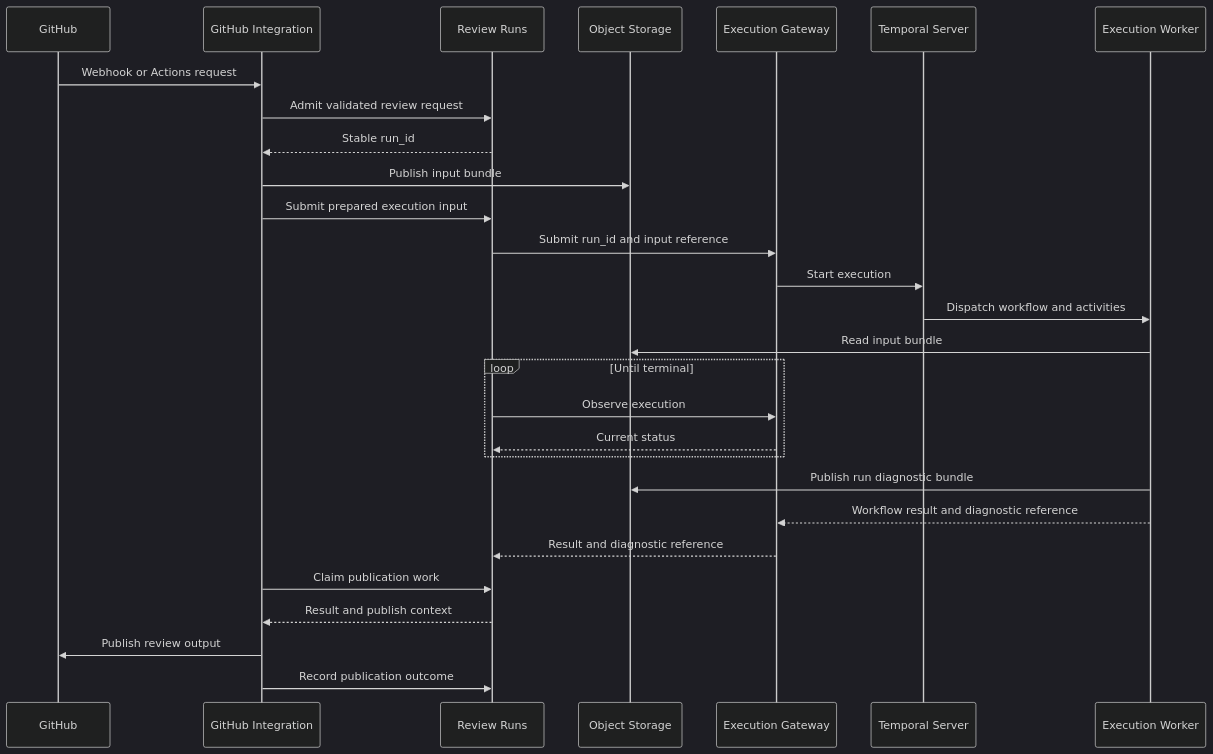
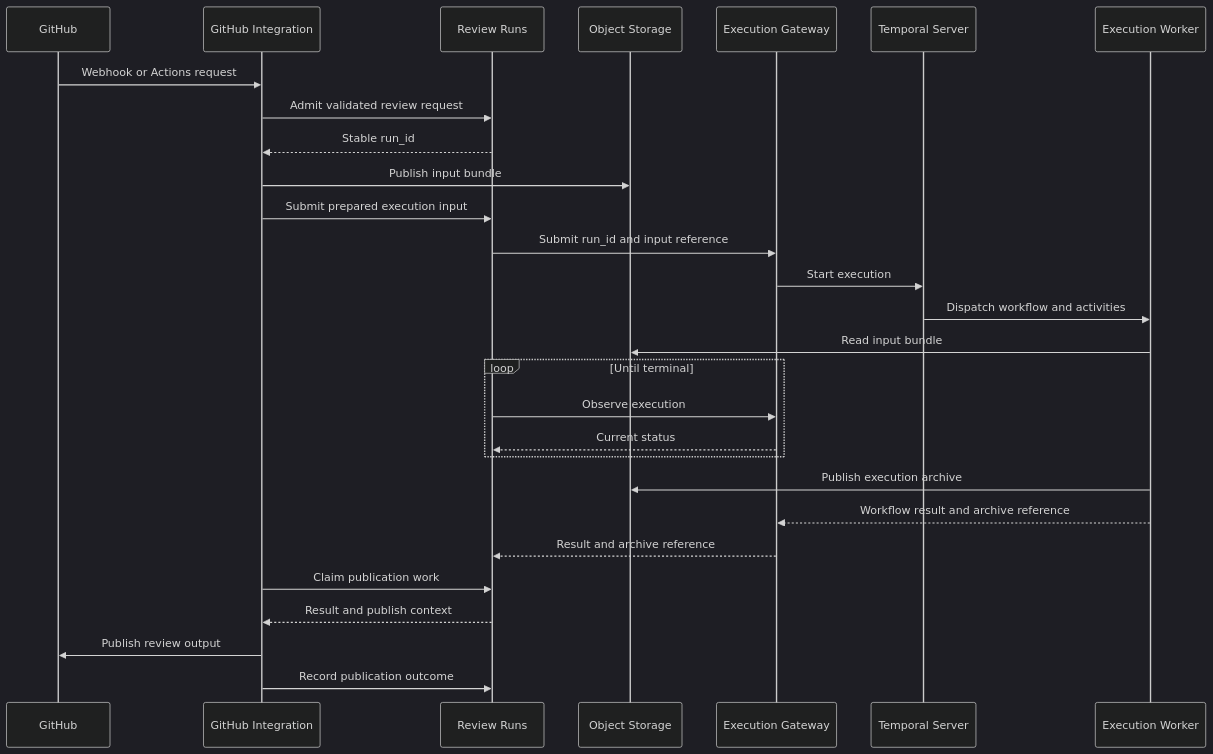
The first of 4 diagrams in docs/architecture/SYSTEM_ARCHITECTURE.md (Agent-AI-Chalmers/sec-review-bot), drawn with Mermaid (dark theme) before and after one commit. The commit also changed other lines of this file and 135 other files, not shown here.

First line of the commit message:
refactor(contracts)!: rename run diagnostics as execution archives (#321)

````diff
--- a/docs/architecture/SYSTEM_ARCHITECTURE.md
+++ b/docs/architecture/SYSTEM_ARCHITECTURE.md
@@ -43,31 +43,31 @@
 ```mermaid
 sequenceDiagram
   participant GitHub
   participant Integration as GitHub Integration
   participant Control as Review Runs
   participant Storage as Object Storage
   participant Gateway as Execution Gateway
   participant Temporal as Temporal Server
   participant ExecutionWorker as Execution Worker
 
   GitHub->>Integration: Webhook or Actions request
   Integration->>Control: Admit validated review request
   Control-->>Integration: Stable run_id
   Integration->>Storage: Publish input bundle
   Integration->>Control: Submit prepared execution input
   Control->>Gateway: Submit run_id and input reference
   Gateway->>Temporal: Start execution
   Temporal->>ExecutionWorker: Dispatch workflow and activities
   ExecutionWorker->>Storage: Read input bundle
   loop Until terminal
     Control->>Gateway: Observe execution
     Gateway-->>Control: Current status
   end
-  ExecutionWorker->>Storage: Publish run diagnostic bundle
-  ExecutionWorker-->>Gateway: Workflow result and diagnostic reference
-  Gateway-->>Control: Result and diagnostic reference
+  ExecutionWorker->>Storage: Publish execution archive
+  ExecutionWorker-->>Gateway: Workflow result and archive reference
+  Gateway-->>Control: Result and archive reference
   Integration->>Control: Claim publication work
   Control-->>Integration: Result and publish context
   Integration->>GitHub: Publish review output
   Integration->>Control: Record publication outcome
 ```
````
